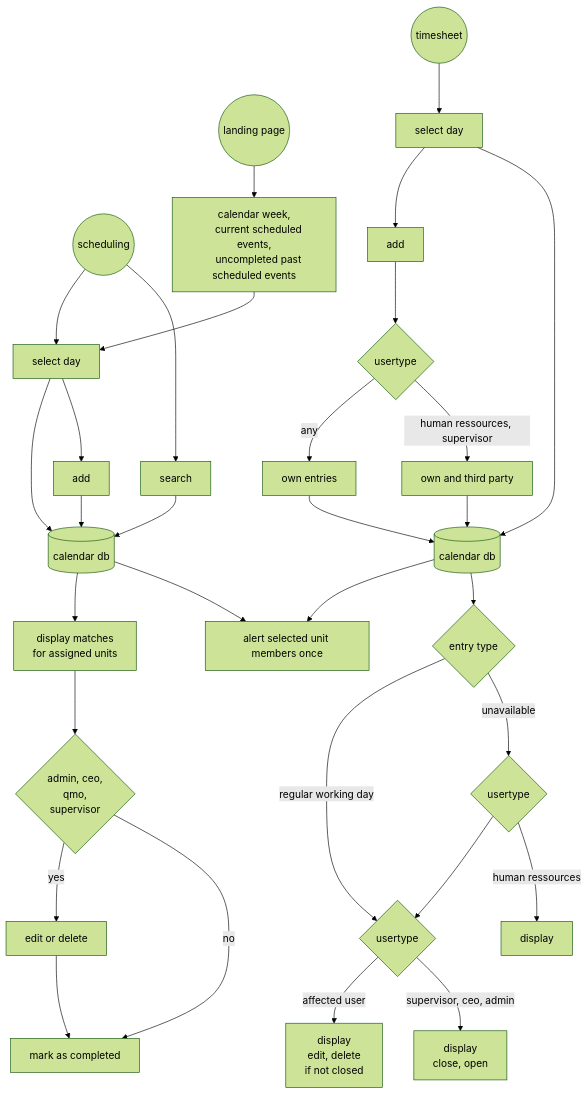
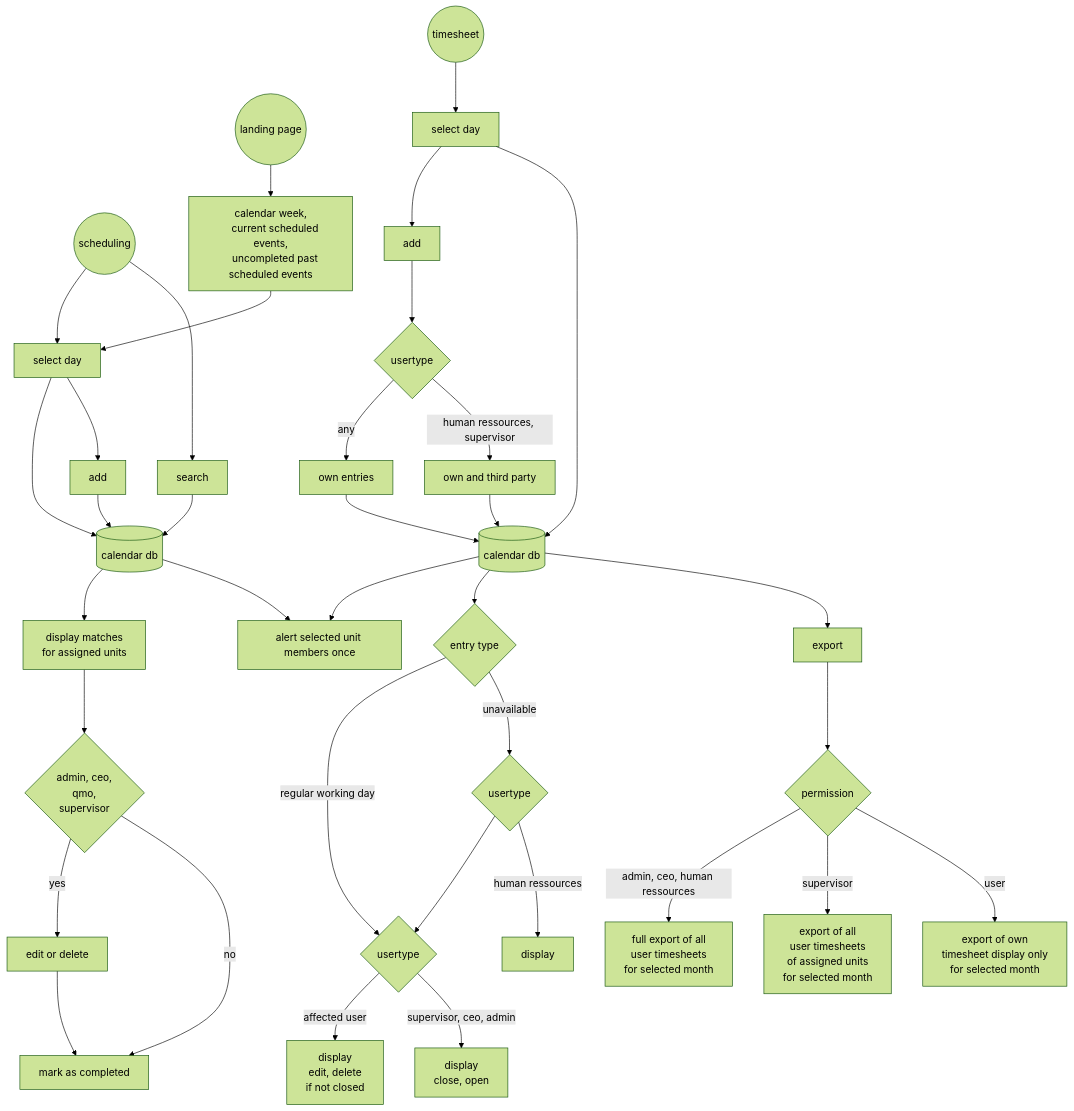
The fifth of 7 diagrams in readme.md (erroronline1/caro), drawn with Mermaid (forest theme) before and after one commit.

Commit message:
calendar documentation updates

````diff
--- a/readme.md
+++ b/readme.md
@@ -486,43 +486,56 @@
 ```mermaid
 graph TD;
     scheduling((scheduling))-->select_day[select day];
     scheduling-->search[search];
     select_day-->database[(calendar db)];
     select_day-->add[add];
     add-->database;
     search-->database;
     database-->matches["display matches
     for assigned units"];
     matches-->permission{"admin, ceo,
     qmo,
     supervisor"};
     permission-->|yes|edit[edit or delete];
     permission-->|no|complete[mark as completed];
     edit-->complete;
     database-->alert["alert selected unit members once"]
 
     landing_page((landing page))-->summary["calendar week,
     current scheduled events,
     uncompleted past scheduled events"];
     summary-->select_day
 
     timesheet((timesheet))-->select_day2[select day];
     select_day2-->add2[add];
     add2-->usertype{usertype};
     usertype-->|any|own[own entries];
     usertype-->|human ressources, supervisor|foreign[own and third party];
     own-->database2;
     foreign-->database2;
     select_day2-->database2[(calendar db)];
     database2-->alert;
     database2-->entrytype{entry type};
     entrytype-->|regular working day|usertype2{usertype};
     usertype2-->|affected user|display_edit["display
     edit, delete
     if not closed"];
     usertype2-->|supervisor, ceo, admin|display_close["display
     close, open"];
     entrytype-->|unavailable|usertype3{usertype};
     usertype3-->usertype2;
     usertype3-->|human ressources|display_only[display]
+    
+    database2-->export[export];
+    export-->permission2{permission};
+    permission2-->|admin, ceo, human ressources|fullexport["full export of all
+    user timesheets
+    for selected month"];
+    permission2-->|supervisor|partexport["export of all
+    user timesheets
+    of assigned units
+    for selected month"];
+    permission2-->|user|ownexport["export of own
+    timesheet display only
+    for selected month"]
 ```
````
